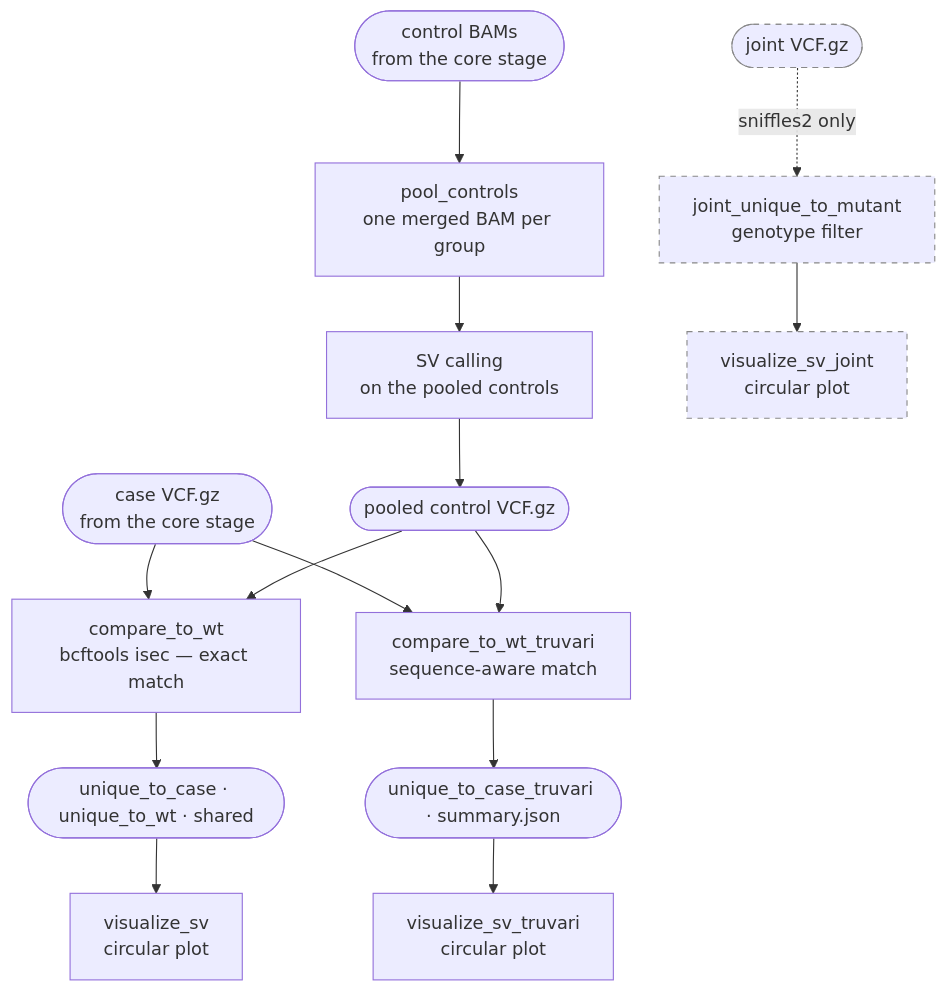
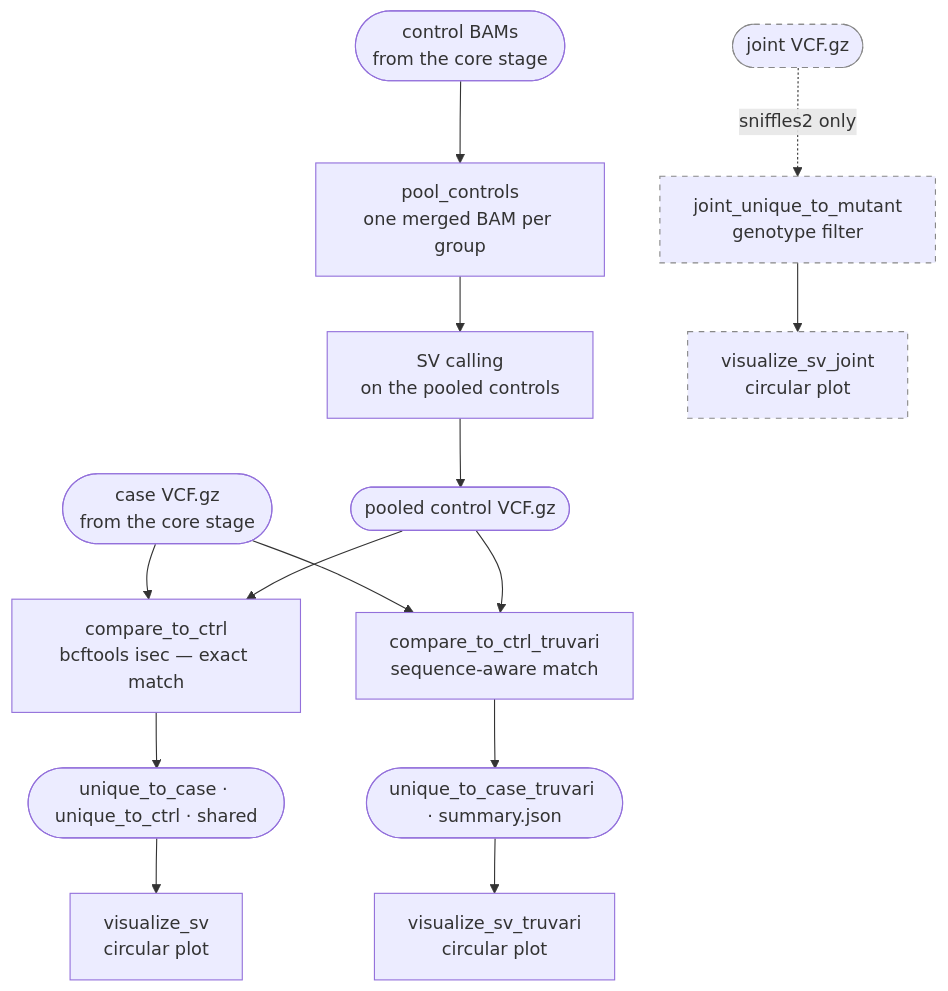
Before and after one commit to katkah/snakemake-ont-sv: the second of 2 diagrams in README.md, drawn with Mermaid. The commit also changed other lines of this file and 12 other files, not shown here.

````diff
--- a/README.md
+++ b/README.md
@@ -81,23 +81,23 @@
 ```mermaid
 flowchart TD
     BAM(["control BAMs<br/>from the core stage"]) --> POOL["pool_controls<br/>one merged BAM per group"]
     POOL --> PCALL["SV calling<br/>on the pooled controls"]
     PCALL --> PVCF(["pooled control VCF.gz"])
 
     MVCF(["case VCF.gz<br/>from the core stage"]) --> ISEC
-    PVCF --> ISEC["compare_to_wt<br/>bcftools isec — exact match"]
+    PVCF --> ISEC["compare_to_ctrl<br/>bcftools isec — exact match"]
     MVCF --> TRUV
-    PVCF --> TRUV["compare_to_wt_truvari<br/>sequence-aware match"]
+    PVCF --> TRUV["compare_to_ctrl_truvari<br/>sequence-aware match"]
 
-    ISEC --> IOUT(["unique_to_case · unique_to_wt · shared"])
+    ISEC --> IOUT(["unique_to_case · unique_to_ctrl · shared"])
     TRUV --> TOUT(["unique_to_case_truvari · summary.json"])
 
     IOUT --> VIZ["visualize_sv<br/>circular plot"]
     TOUT --> VIZT["visualize_sv_truvari<br/>circular plot"]
 
     JVCF(["joint VCF.gz"]) -. "sniffles2 only" .-> JCMP["joint_unique_to_mutant<br/>genotype filter"]
     JCMP --> JVIZ["visualize_sv_joint<br/>circular plot"]
 
     classDef optional stroke:#888,stroke-dasharray:5 5;
     class JVCF,JCMP,JVIZ optional;
 ```
````
